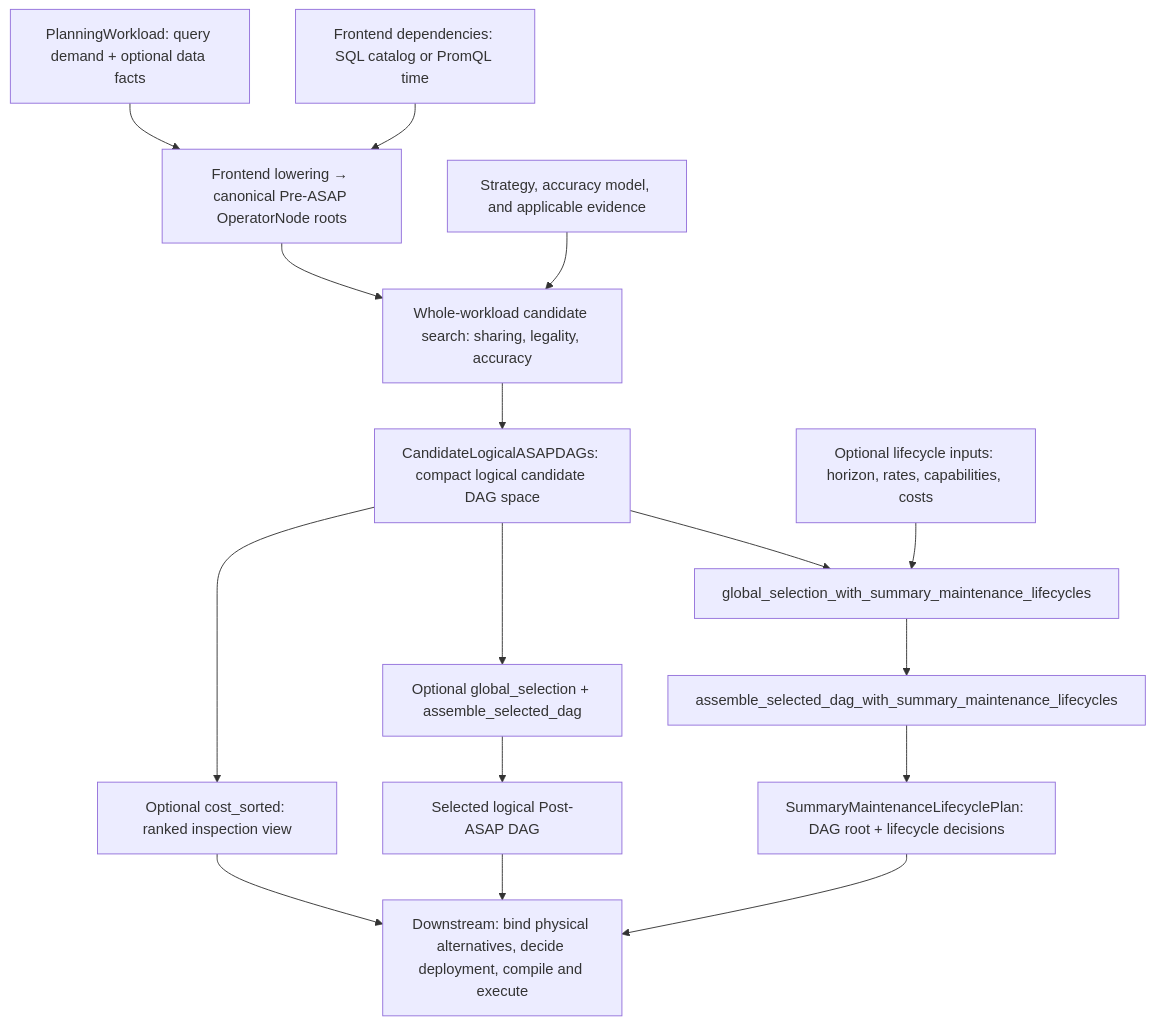
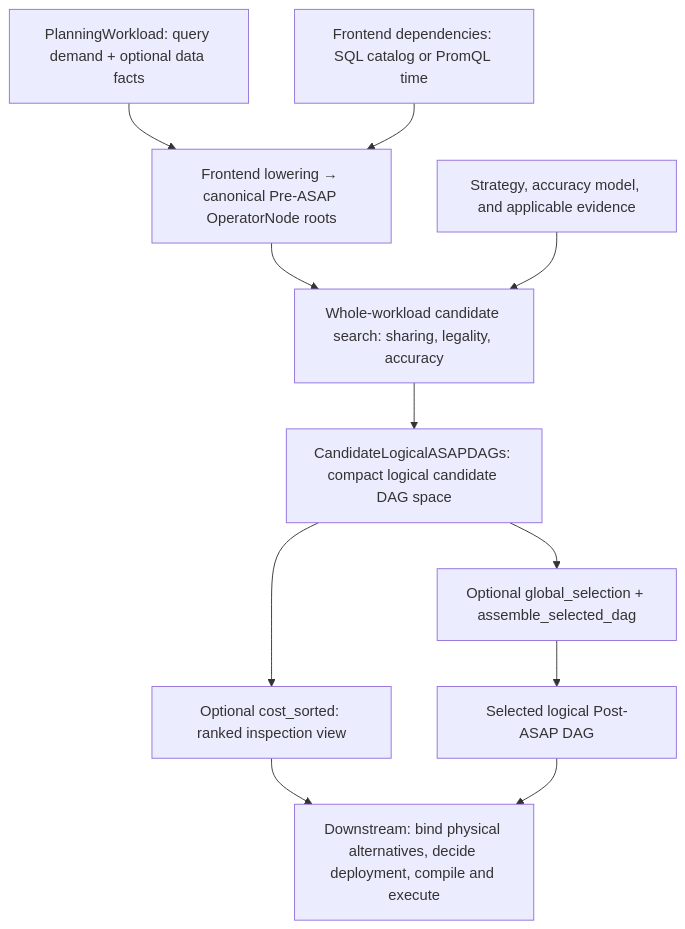
One commit to ProjectASAP/ASAPPlanner changed the diagram in docs/design_docs/architecture/README.md. Above: the diagram before and after it, drawn with Mermaid. The commit also changed other lines of this file and 24 other files, not shown here.

First line of the commit message:
docs: drop the summary maintenance lifecycle and document the query-time default

````diff
--- a/docs/design_docs/architecture/README.md
+++ b/docs/design_docs/architecture/README.md
@@ -15,26 +15,20 @@
 ```mermaid
 flowchart TD
     W["PlanningWorkload: query demand + optional data facts"]
     F["Frontend dependencies: SQL catalog or PromQL time"]
     E["Strategy, accuracy model, and applicable evidence"]
     PRE["Frontend lowering → canonical Pre-ASAP OperatorNode roots"]
     SEARCH["Whole-workload candidate search: sharing, legality, accuracy"]
     SPACE["CandidateLogicalASAPDAGs: compact logical candidate DAG space"]
     RANK["Optional cost_sorted: ranked inspection view"]
     SELECT["Optional global_selection + assemble_selected_dag"]
     DAG["Selected logical Post-ASAP DAG"]
-    LINPUT["Optional lifecycle inputs: horizon, rates, capabilities, costs"]
-    LIFE["global_selection_with_summary_maintenance_lifecycles"]
-    LMAT["assemble_selected_dag_with_summary_maintenance_lifecycles"]
-    LPLAN["SummaryMaintenanceLifecyclePlan: DAG root + lifecycle decisions"]
     BACKEND["Downstream: bind physical alternatives, decide deployment, compile and execute"]
     W --> PRE
     F --> PRE
     PRE --> SEARCH
     E --> SEARCH
     SEARCH --> SPACE
     SPACE --> RANK --> BACKEND
     SPACE --> SELECT --> DAG --> BACKEND
-    SPACE --> LIFE
-    LINPUT --> LIFE --> LMAT --> LPLAN --> BACKEND
 ```
````
